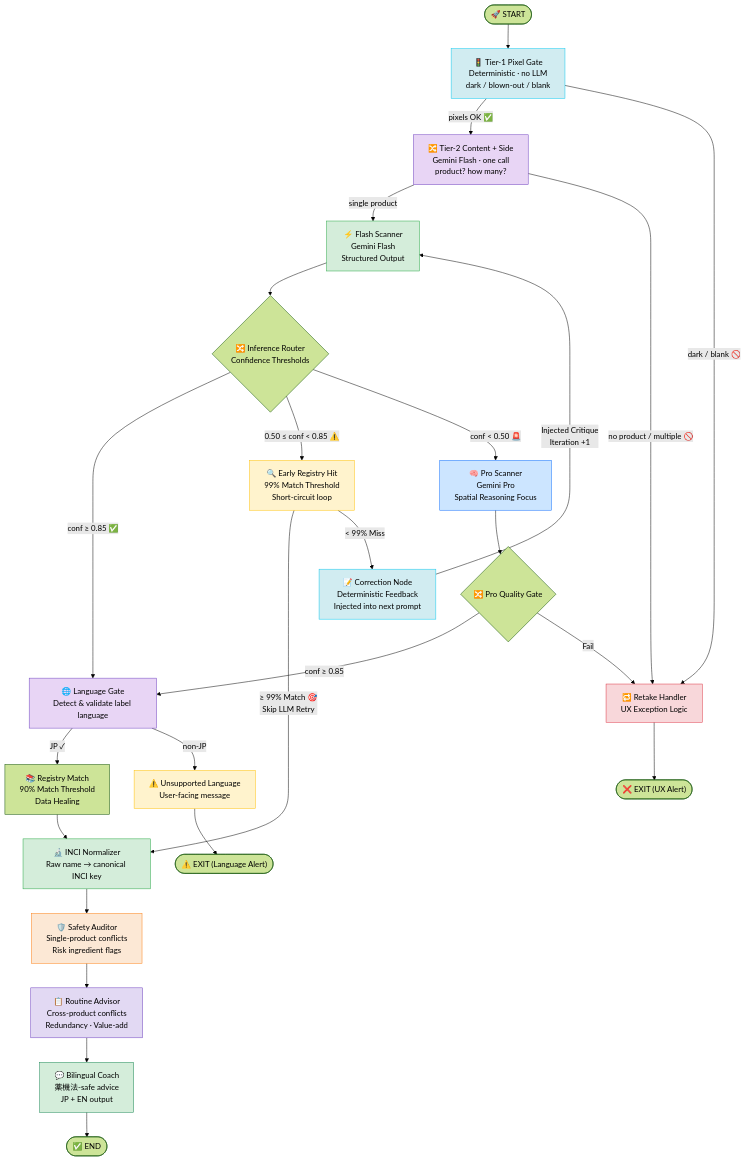
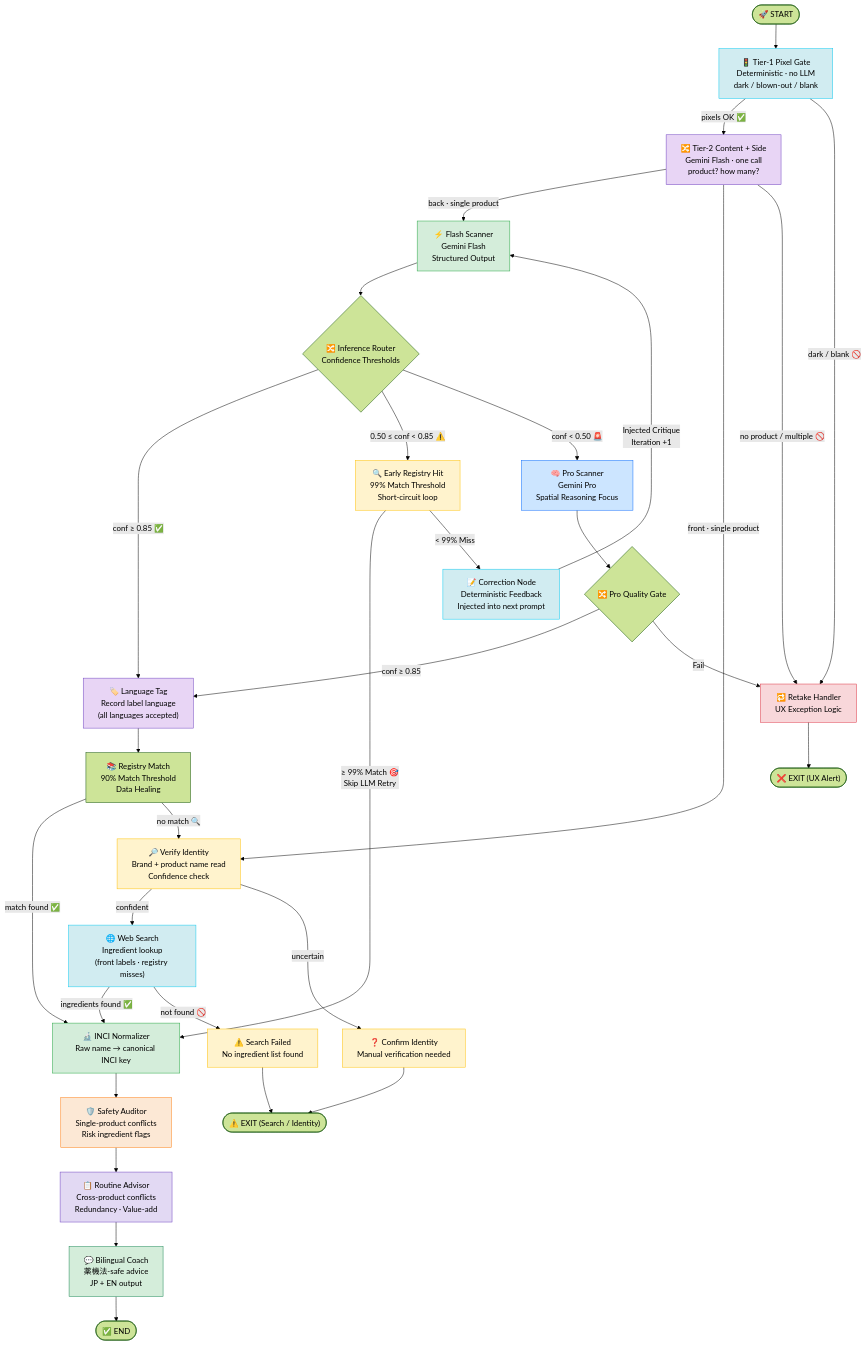
One commit to dvallslanaquera/skingraph changed the fifth of 6 diagrams in README.md. Above: the diagram before and after it, drawn with Mermaid (forest theme). The commit also changed other lines of this file and 44 other files, not shown here.

Commit message:
docs: updated Mermaid diagrams representing the new architecture

````diff
--- a/README.md
+++ b/README.md
@@ -604,67 +629,80 @@
 ```mermaid
 flowchart TD
     Start(["🚀 START"])
     Quality["🚦 Tier-1 Pixel Gate\nDeterministic · no LLM\ndark / blown-out / blank"]
     Classify["🔀 Tier-2 Content + Side\nGemini Flash · one call\nproduct? how many?"]
     Flash["⚡ Flash Scanner\nGemini Flash\nStructured Output"]
     Router{"🔀 Inference Router\nConfidence Thresholds"}
     EarlyCheck["🔍 Early Registry Hit\n99% Match Threshold\nShort-circuit loop"]
     Correction["📝 Correction Node\nDeterministic Feedback\nInjected into next prompt"]
     Pro["🧠 Pro Scanner\nGemini Pro\nSpatial Reasoning Focus"]
-    LangGate["🌐 Language Gate\nDetect & validate label language"]
+    TagLang["🏷️ Language Tag\nRecord label language\n(all languages accepted)"]
     RegLookup["📚 Registry Match\n90% Match Threshold\nData Healing"]
+    VerifyId["🔎 Verify Identity\nBrand + product name read\nConfidence check"]
+    WebSearch["🌐 Web Search\nIngredient lookup\n(front labels · registry misses)"]
+    ConfirmId["❓ Confirm Identity\nManual verification needed"]
+    SearchFailed["⚠️ Search Failed\nNo ingredient list found"]
     Normalizer["🔬 INCI Normalizer\nRaw name → canonical INCI key"]
     Auditor["🛡️ Safety Auditor\nSingle-product conflicts\nRisk ingredient flags"]
     RoutineAdvisor["📋 Routine Advisor\nCross-product conflicts\nRedundancy · Value-add"]
     Coach["💬 Bilingual Coach\n薬機法-safe advice\nJP + EN output"]
     ProRouter{"🔀 Pro Quality Gate"}
     Retake["🔁 Retake Handler\nUX Exception Logic"]
-    Unsupported["⚠️ Unsupported Language\nUser-facing message"]
     EndOK(["✅ END"])
     EndRetake(["❌ EXIT (UX Alert)"])
-    EndLang(["⚠️ EXIT (Language Alert)"])
+    EndSearch(["⚠️ EXIT (Search / Identity)"])
 
     Start --> Quality
     Quality -->|"pixels OK ✅"| Classify
     Quality -->|"dark / blank 🚫"| Retake
-    Classify -->|"single product"| Flash
+    Classify -->|"back · single product"| Flash
+    Classify -->|"front · single product"| VerifyId
     Classify -->|"no product / multiple 🚫"| Retake
     Flash --> Router
 
-    Router -->|"conf ≥ 0.85 ✅"| LangGate
+    Router -->|"conf ≥ 0.85 ✅"| TagLang
     Router -->|"0.50 ≤ conf < 0.85 ⚠️"| EarlyCheck
     Router -->|"conf < 0.50 🚨"| Pro
 
     EarlyCheck -->|"≥ 99% Match 🎯\nSkip LLM Retry"| Normalizer
     EarlyCheck -->|"< 99% Miss"| Correction
     Correction -->|"Injected Critique\nIteration +1"| Flash
 
     Pro --> ProRouter
-    ProRouter -->|"conf ≥ 0.85"| LangGate
+    ProRouter -->|"conf ≥ 0.85"| TagLang
     ProRouter -->|"Fail"| Retake
     Retake --> EndRetake
 
-    LangGate -->|"JP ✓"| RegLookup
-    LangGate -->|"non-JP"| Unsupported
-    Unsupported --> EndLang
+    TagLang --> RegLookup
+    RegLookup -->|"match found ✅"| Normalizer
+    RegLookup -->|"no match 🔍"| VerifyId
 
-    RegLookup --> Normalizer
+    VerifyId -->|"confident"| WebSearch
+    VerifyId -->|"uncertain"| ConfirmId
+    WebSearch -->|"ingredients found ✅"| Normalizer
+    WebSearch -->|"not found 🚫"| SearchFailed
+    ConfirmId --> EndSearch
+    SearchFailed --> EndSearch
+
     Normalizer --> Auditor
     Auditor --> RoutineAdvisor
     RoutineAdvisor --> Coach
     Coach --> EndOK
 
     style Quality fill:#d1ecf1,stroke:#0dcaf0
     style Classify fill:#e8d5f5,stroke:#6f42c1
     style EarlyCheck fill:#fff3cd,stroke:#ffc107
     style Correction fill:#d1ecf1,stroke:#0dcaf0
     style Retake fill:#f8d7da,stroke:#dc3545
     style Flash fill:#d4edda,stroke:#28a745
     style Pro fill:#cce5ff,stroke:#0d6efd
-    style LangGate fill:#e8d5f5,stroke:#6f42c1
+    style TagLang fill:#e8d5f5,stroke:#6f42c1
     style Normalizer fill:#d4edda,stroke:#28a745
-    style Unsupported fill:#fff3cd,stroke:#ffc107
     style Auditor fill:#fce8d5,stroke:#fd7e14
     style RoutineAdvisor fill:#e2d9f3,stroke:#6f42c1
     style Coach fill:#d4edda,stroke:#198754
+    style VerifyId fill:#fff3cd,stroke:#ffc107
+    style WebSearch fill:#d1ecf1,stroke:#0dcaf0
+    style ConfirmId fill:#fff3cd,stroke:#ffc107
+    style SearchFailed fill:#fff3cd,stroke:#ffc107
 ```
````
